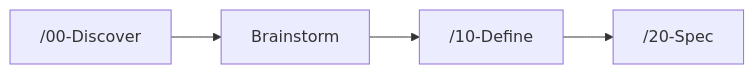
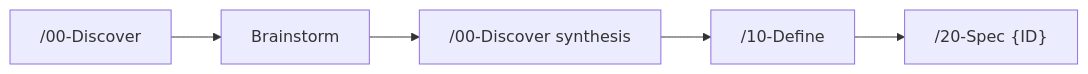
One commit to Jakkrich/nexus-devflow changed the second of 5 diagrams in USAGE.md. Above: the diagram before and after it, drawn with Mermaid. The commit also changed other lines of this file and 80 other files, not shown here.

````diff
--- a/USAGE.md
+++ b/USAGE.md
@@ -146,5 +150,5 @@
 ```mermaid
 flowchart LR
     D00["/00-Discover"] --> B["Brainstorm"]
-    B --> D10["/10-Define"] --> D20["/20-Spec"]
+    B --> S["/00-Discover synthesis"] --> D10["/10-Define"] --> D20["/20-Spec {ID}"]
 ```
````
